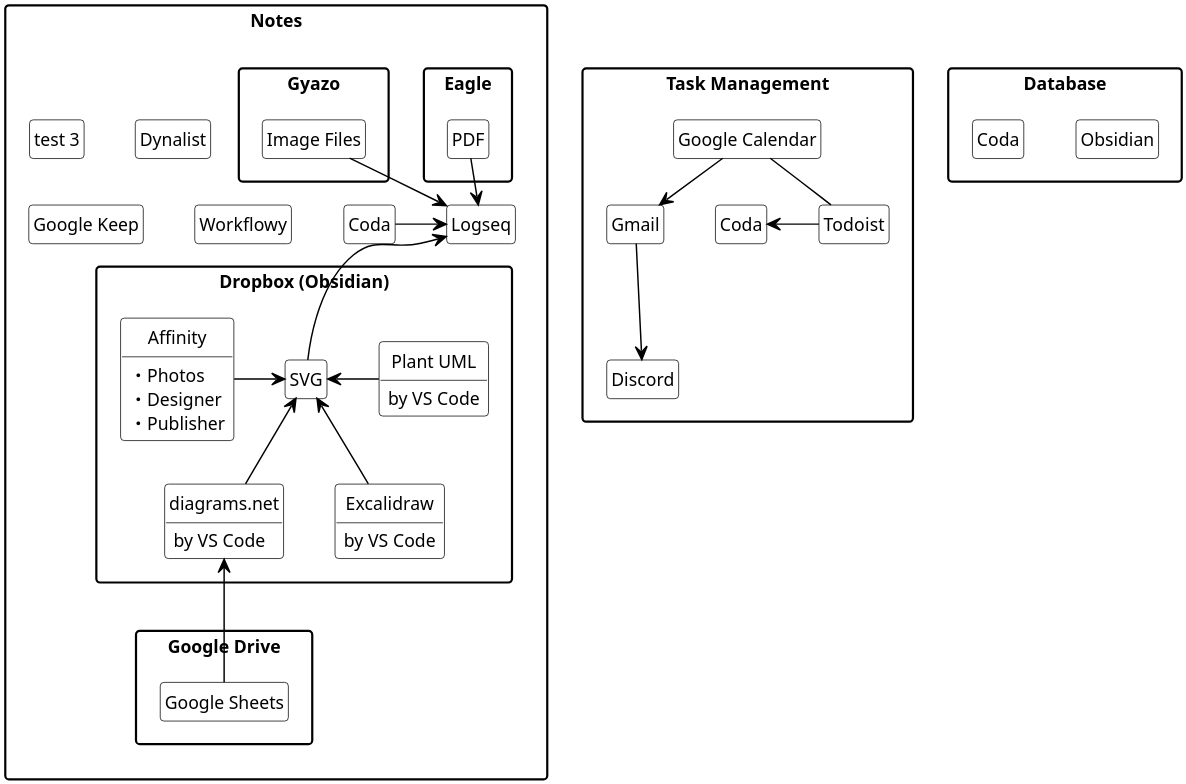
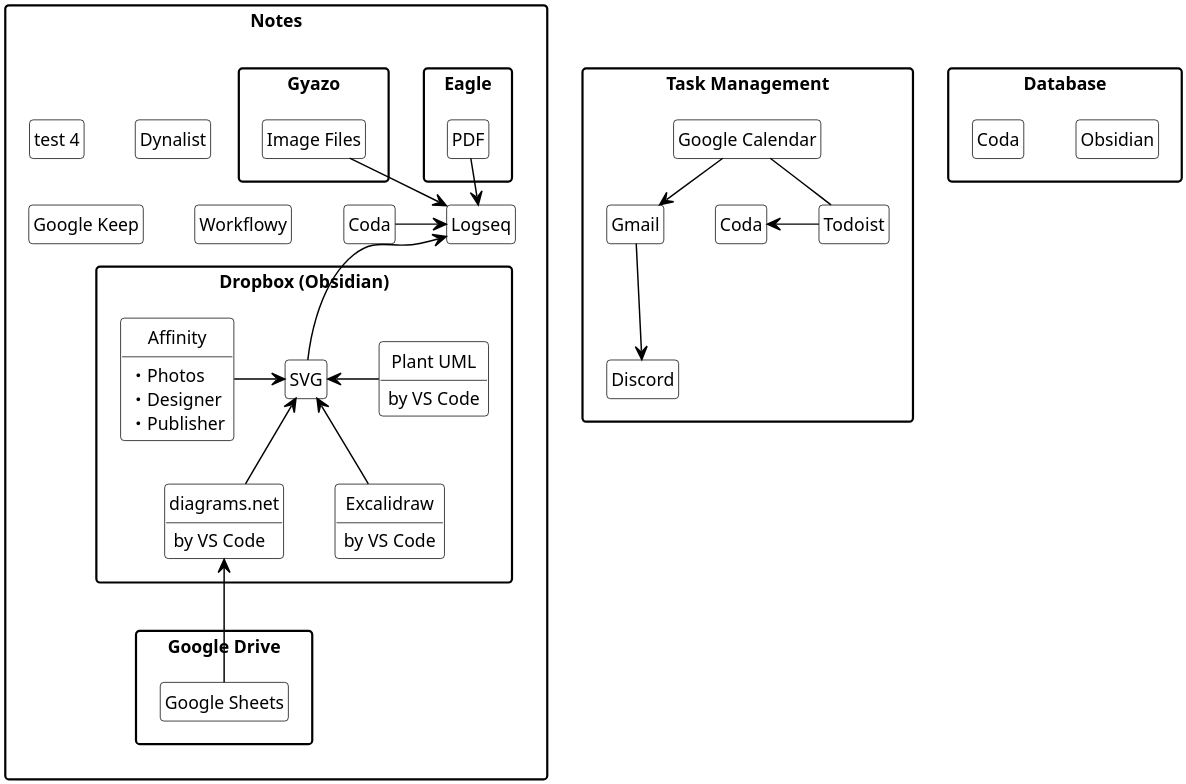
Before and after one commit to h-row-ita/embedded-assets: the diagram in Productivity Tools/default.pu, drawn with PlantUML.

```diff
--- a/Productivity Tools/default.pu
+++ b/Productivity Tools/default.pu
@@ -1,98 +1,98 @@
 @startuml
 
 hide circle
 hide empty fields
 hide empty methods
 
 skinparam class {
     backGroundColor white
     borderColor black
     arrowColor black
 }
 
 skinparam package {
     style rectangle
 }
 
 skinparam {
     shadowing false
     ranksep 30
     dpi 300
     arrowThickness 1
     defaultFontSize 12
     arrowFontSize 8
 }
 
 package "Notes" {
-    class "test 3"
+    class "test 4"
     class "Logseq" as logseq
     package "Dropbox (Obsidian)" as dropbox{
         class "SVG" as svg
         class "diagrams.net" as diagramsnet {
             by VS Code
         }
         class "Excalidraw" as excalidraw {
             by VS Code
         }
         class "Plant UML" as plantuml {
             by VS Code
         }
         class "Affinity" as affinity {
             ・Photos
             ・Designer
             ・Publisher
         }
     }
     package "Google Drive" as googledrive {
         class "Google Sheets" as googlesheets
     }
     package "Eagle" as eagle {
         class "PDF" as pdf
     }
     package "Gyazo" as gyazo {
         class "Image Files" as imagefiles
     }
     class "Coda" as coda
     class "Dynalist" as dynalist 
     class "Google Keep" as googlekeep
     class "Workflowy" as workflowy
 }
 
 package "Database" {
     class "Obsidian" as obsidian
     class "Coda" as coda2
 }
 
 package "Task Management" {
     class "Coda" as coda3
     class "Todoist" as todoist
     class "Google Calendar" as googlecalendar
     class "Gmail" as gmail
     class "Discord" as discord
 }
 
 'Notes
 logseq <-- svg
 plantuml -u> svg
 excalidraw -u-> svg
 diagramsnet -u-> svg
 affinity -> svg
 googlesheets -u--> diagramsnet
 logseq <-u- pdf
 imagefiles --> logseq
 coda -> logseq
 
 'Database
 
 'Task Management
 googlecalendar -- todoist
 gmail <-u- googlecalendar
 gmail --> discord
 todoist -u> coda3
 
 
 
 
 
 
 @enduml
```
